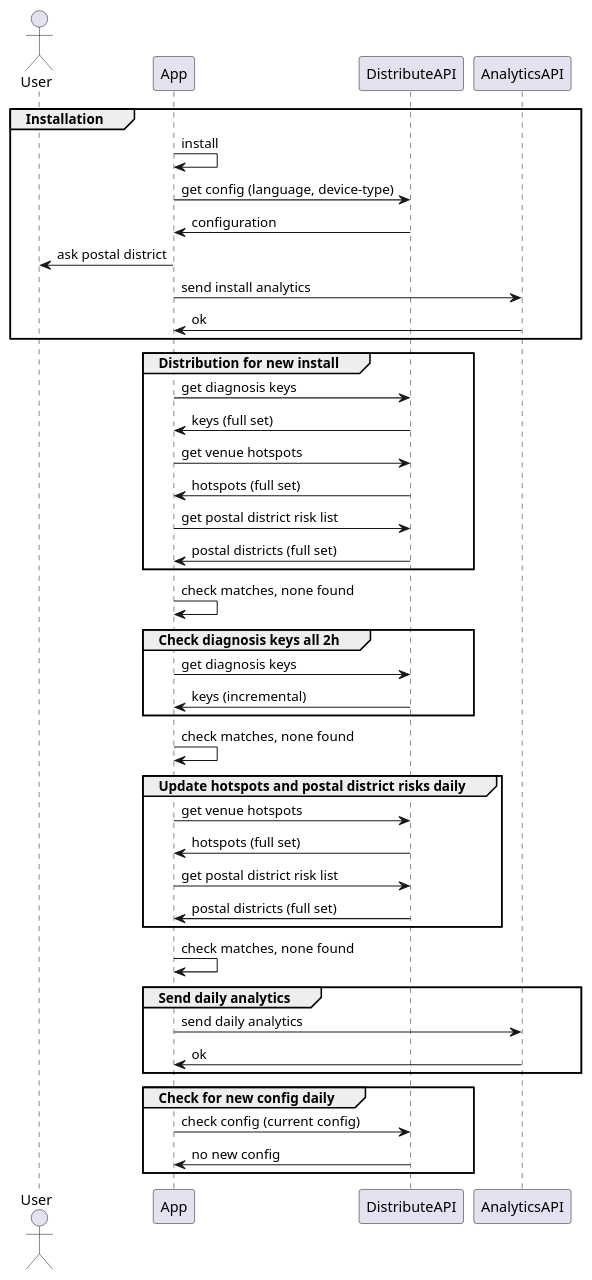
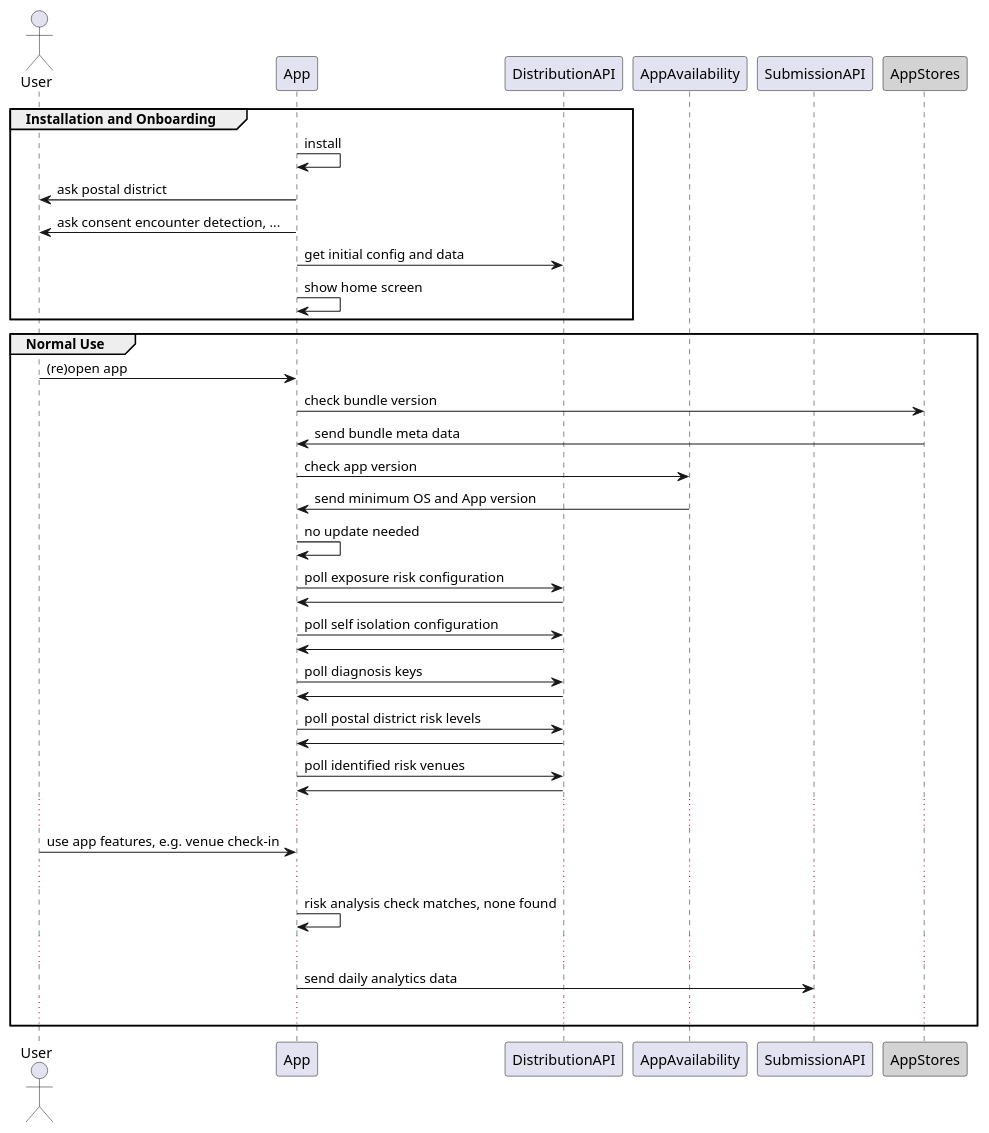
The diagram in doc/architecture/diagrams/plant-uml/sys-flow-install-and-normal.puml (ukhsa-collaboration/covid19-app-system-public), drawn with PlantUML before and after one commit. The commit also changed 445 other files, not shown here.

```diff
--- a/doc/architecture/diagrams/plant-uml/sys-flow-install-and-normal.puml
+++ b/doc/architecture/diagrams/plant-uml/sys-flow-install-and-normal.puml
@@ -1,54 +1,48 @@
 @startuml system-flow_install-and-normal
 
 Actor User 
 
-group Installation
+Participant AppStores order 30 #LightGrey
+
+group Installation and Onboarding
 App -> App : install
-App -> DistributeAPI : get config (language, device-type)
-App <- DistributeAPI : configuration
 App -> User : ask postal district
-App -> AnalyticsAPI: send install analytics
-App <- AnalyticsAPI: ok
+App -> User : ask consent encounter detection, ...
+App -> DistributionAPI: get initial config and data
+App -> App:  show home screen
 end
 
-group Distribution for new install
-App -> DistributeAPI: get diagnosis keys
-App <- DistributeAPI: keys (full set)
+group Normal Use
+User -> App : (re)open app
+App -> AppStores : check bundle version
+App <- AppStores : send bundle meta data
+App -> AppAvailability : check app version
+App <- AppAvailability : send minimum OS and App version
+App -> App: no update needed
 
-App -> DistributeAPI: get venue hotspots
-App <- DistributeAPI: hotspots (full set)
+App -> DistributionAPI: poll exposure risk configuration
+App <- DistributionAPI: 
+App -> DistributionAPI: poll self isolation configuration
+App <- DistributionAPI
 
-App -> DistributeAPI: get postal district risk list
-App <- DistributeAPI: postal districts (full set) 
-end
+App -> DistributionAPI: poll diagnosis keys
+App <- DistributionAPI
 
-App -> App: check matches, none found
+App -> DistributionAPI: poll postal district risk levels
+App <- DistributionAPI
 
-group Check diagnosis keys all 2h
-App -> DistributeAPI: get diagnosis keys
-App <- DistributeAPI: keys (incremental)
-end
+App -> DistributionAPI: poll identified risk venues
+App <- DistributionAPI
+...
 
-App -> App: check matches, none found
+User -> App: use app features, e.g. venue check-in
+...
 
-group Update hotspots and postal district risks daily
-App -> DistributeAPI: get venue hotspots
-App <- DistributeAPI: hotspots (full set)
+App -> App: risk analysis check matches, none found
+...
 
-App -> DistributeAPI: get postal district risk list
-App <- DistributeAPI: postal districts (full set) 
-end
-
-App -> App: check matches, none found
-
-group Send daily analytics 
-App -> AnalyticsAPI: send daily analytics
-App <- AnalyticsAPI: ok
-end
-
-group Check for new config daily 
-App -> DistributeAPI : check config (current config)
-App <- DistributeAPI : no new config
+App -> SubmissionAPI: send daily analytics data 
+...
 end
 
 @enduml
```
